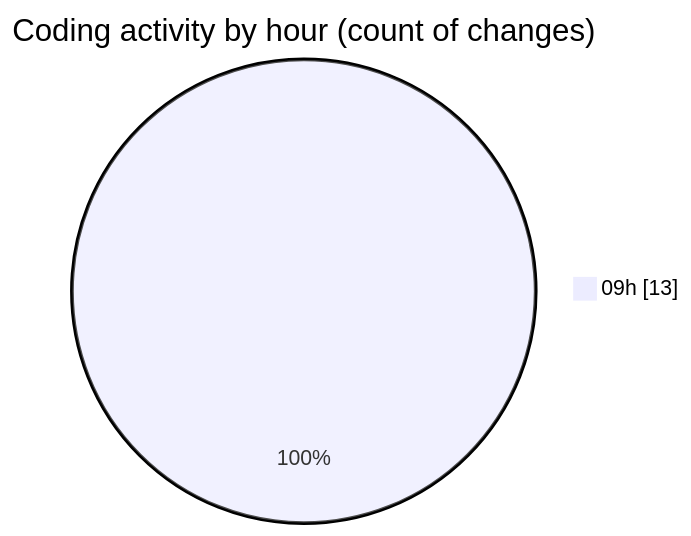
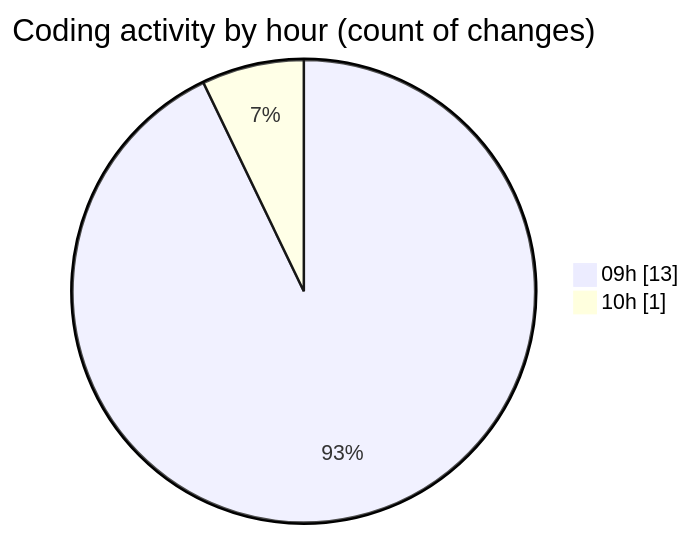
One commit to Unknowalive/code-tracking changed the second of 2 diagrams in 2026-08-27/web_tec_2026/README.md. Above: the diagram before and after it, drawn with Mermaid. The commit also changed other lines of this file and 1 other file, not shown here.

````diff
--- a/2026-08-27/web_tec_2026/README.md
+++ b/2026-08-27/web_tec_2026/README.md
@@ -35,5 +36,6 @@
 ```mermaid
 pie showData
 title Coding activity by hour (count of changes)
 "09h" : 13
+"10h" : 1
 ```
````
